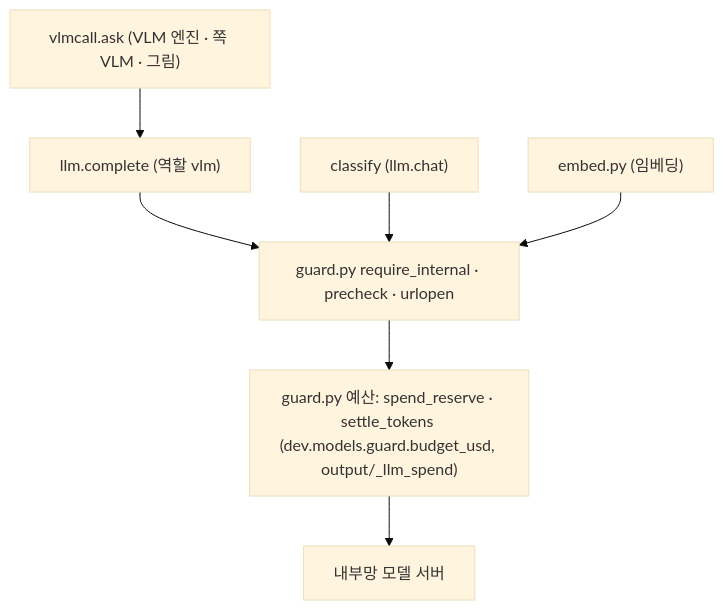
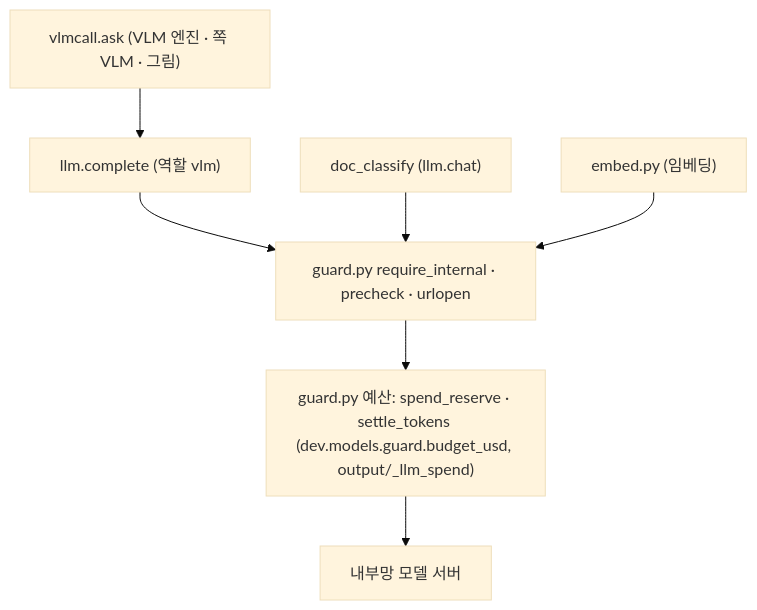
Before and after one commit to gigasamba/sbl_data_parsing: diagram 11 of 11 in docs/architecture/parse_flow.md, drawn with Mermaid (base theme). The commit also changed other lines of this file and 5 other files, not shown here.

````diff
--- a/docs/architecture/parse_flow.md
+++ b/docs/architecture/parse_flow.md
@@ -487,14 +487,14 @@
 ```mermaid
 flowchart TD
     V["vlmcall.ask (VLM 엔진 · 쪽 VLM · 그림)"]
     VC["llm.complete (역할 vlm)"]
-    CL["classify (llm.chat)"]
+    CL["doc_classify (llm.chat)"]
     EM["embed.py (임베딩)"]
     G["guard.py require_internal · precheck · urlopen"]
     B["guard.py 예산: spend_reserve · settle_tokens (dev.models.guard.budget_usd, output/_llm_spend)"]
     N["내부망 모델 서버"]
     V --> VC --> G
     CL --> G
     EM --> G
     G --> B --> N
 ```
````
